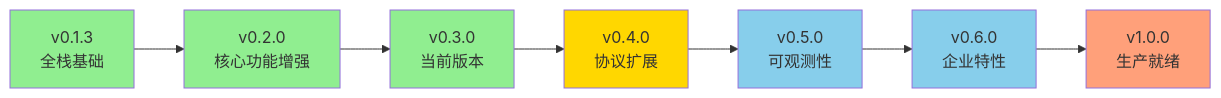
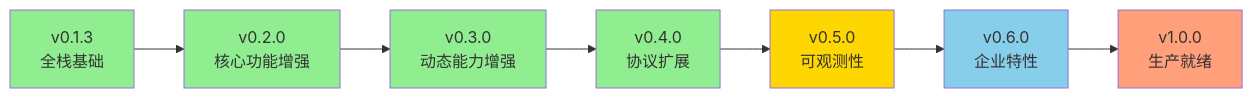
The first of 2 diagrams in .qoder/quests/feature-planning-and-expansion.md (hrygo/gomockserver), drawn with Mermaid before and after one commit. The commit also changed other lines of this file and 16 other files, not shown here.

````diff
--- a/.qoder/quests/feature-planning-and-expansion.md
+++ b/.qoder/quests/feature-planning-and-expansion.md
@@ -96,17 +94,17 @@
 ```mermaid
 graph LR
     A[v0.1.3<br/>全栈基础] --> B[v0.2.0<br/>核心功能增强]
-    B --> C[v0.3.0<br/>当前版本]
+    B --> C[v0.3.0<br/>动态能力增强]
     C --> D[v0.4.0<br/>协议扩展]
     D --> E[v0.5.0<br/>可观测性]
     E --> F[v0.6.0<br/>企业特性]
     F --> G[v1.0.0<br/>生产就绪]
     
     style A fill:#90EE90
     style B fill:#90EE90
     style C fill:#90EE90
-    style D fill:#FFD700
-    style E fill:#87CEEB
+    style D fill:#90EE90
+    style E fill:#FFD700
     style F fill:#87CEEB
     style G fill:#FFA07A
 ```
````
